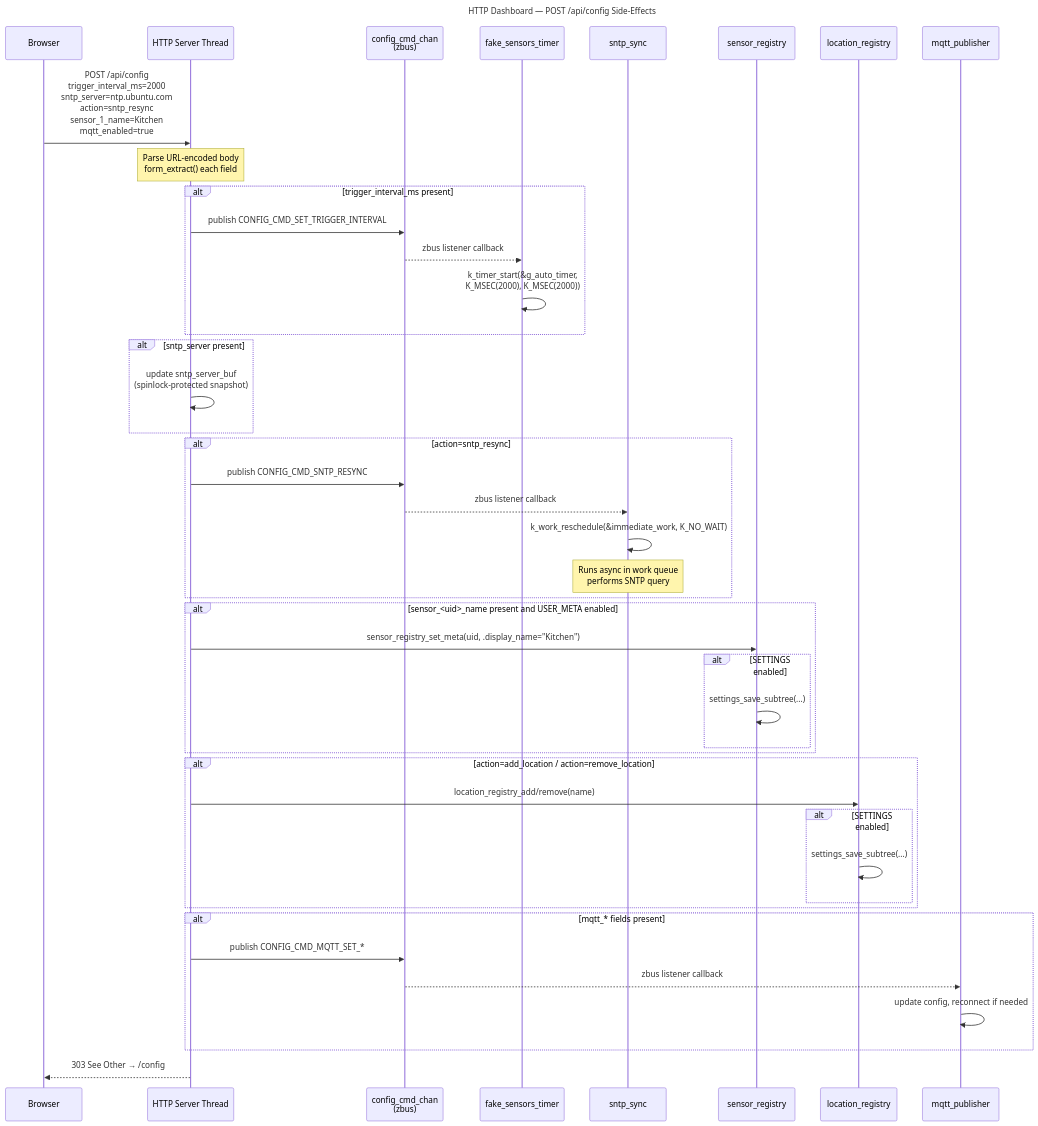
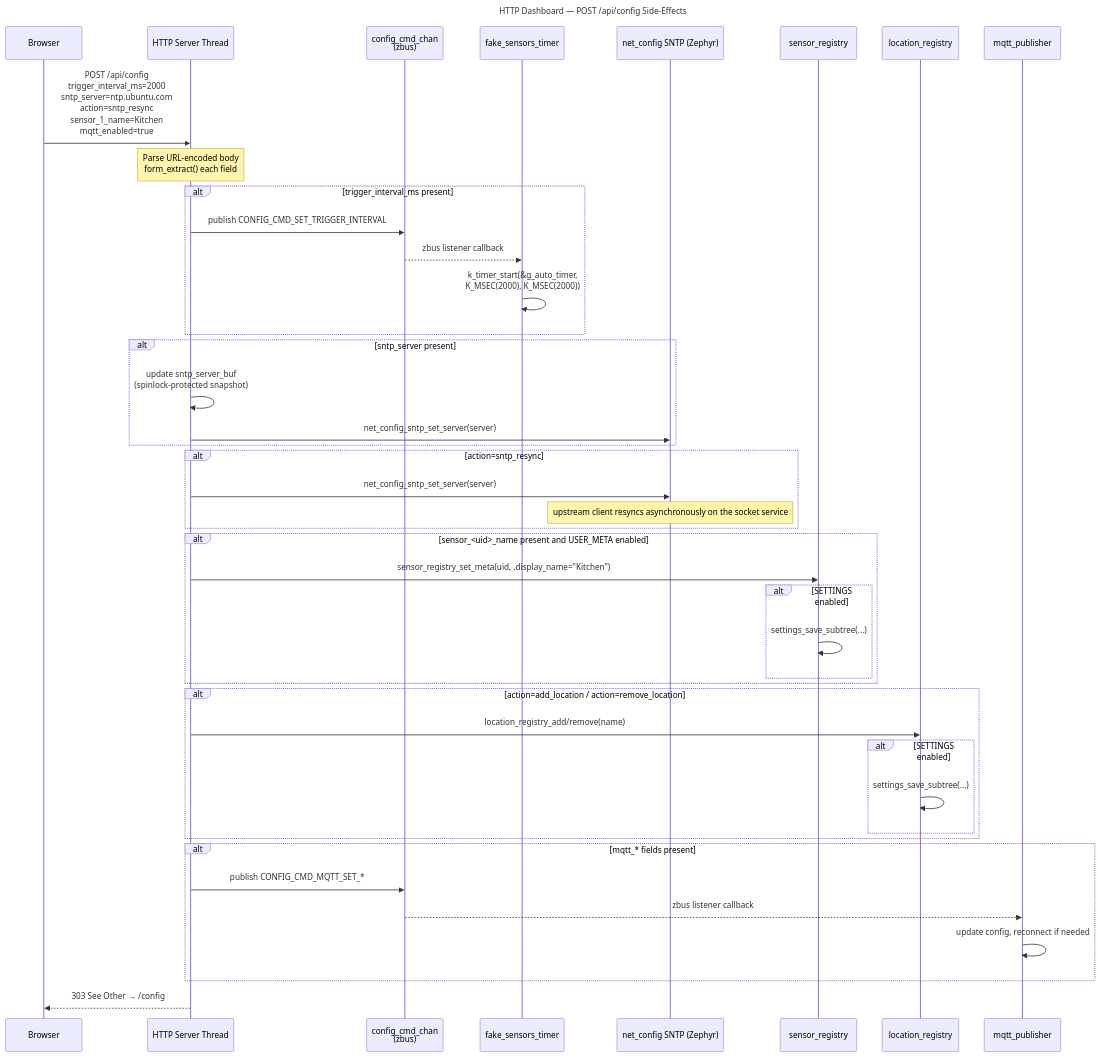
One commit to tobiwan88/weather-station changed the diagram in docs/architecture/diagrams/http-flow.mmd. Above: the diagram before and after it, drawn with Mermaid. The commit also changed 37 other files, not shown here.

First line of the commit message:
docs: align docs with upstream SNTP, PSK provisioning and v4.5

```diff
--- a/docs/architecture/diagrams/http-flow.mmd
+++ b/docs/architecture/diagrams/http-flow.mmd
@@ -1,55 +1,54 @@
 ---
 title: HTTP Dashboard — POST /api/config Side-Effects
 ---
 sequenceDiagram
     participant BR as Browser
     participant HTTP as HTTP Server Thread
     participant CC as config_cmd_chan<br/>(zbus)
     participant FS as fake_sensors_timer
-    participant SNTP as sntp_sync
+    participant SNTP as net_config SNTP (Zephyr)
     participant SR as sensor_registry
     participant LOC as location_registry
     participant MQTTP as mqtt_publisher
 
     BR->>HTTP: POST /api/config<br/>trigger_interval_ms=2000<br/>sntp_server=ntp.ubuntu.com<br/>action=sntp_resync<br/>sensor_1_name=Kitchen<br/>mqtt_enabled=true
 
     Note over HTTP: Parse URL-encoded body<br/>form_extract() each field
 
     alt trigger_interval_ms present
         HTTP->>CC: publish CONFIG_CMD_SET_TRIGGER_INTERVAL
         CC-->>FS: zbus listener callback
         FS->>FS: k_timer_start(&g_auto_timer,<br/>K_MSEC(2000), K_MSEC(2000))
     end
 
     alt sntp_server present
         HTTP->>HTTP: update sntp_server_buf<br/>(spinlock-protected snapshot)
+        HTTP->>SNTP: net_config_sntp_set_server(server)
     end
 
     alt action=sntp_resync
-        HTTP->>CC: publish CONFIG_CMD_SNTP_RESYNC
-        CC-->>SNTP: zbus listener callback
-        SNTP->>SNTP: k_work_reschedule(&immediate_work, K_NO_WAIT)
-        Note over SNTP: Runs async in work queue<br/>performs SNTP query
+        HTTP->>SNTP: net_config_sntp_set_server(server)
+        Note over SNTP: upstream client resyncs asynchronously on the socket service
     end
 
     alt sensor_<uid>_name present and USER_META enabled
         HTTP->>SR: sensor_registry_set_meta(uid, .display_name="Kitchen")
         alt SETTINGS enabled
             SR->>SR: settings_save_subtree(...)
         end
     end
 
     alt action=add_location / action=remove_location
         HTTP->>LOC: location_registry_add/remove(name)
         alt SETTINGS enabled
             LOC->>LOC: settings_save_subtree(...)
         end
     end
 
     alt mqtt_* fields present
         HTTP->>CC: publish CONFIG_CMD_MQTT_SET_*
         CC-->>MQTTP: zbus listener callback
         MQTTP->>MQTTP: update config, reconnect if needed
     end
 
     HTTP-->>BR: 303 See Other → /config
```
